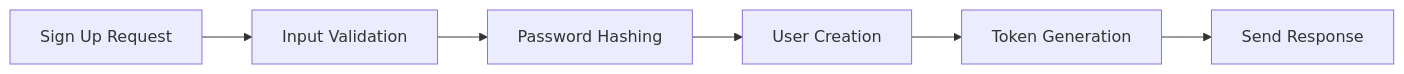
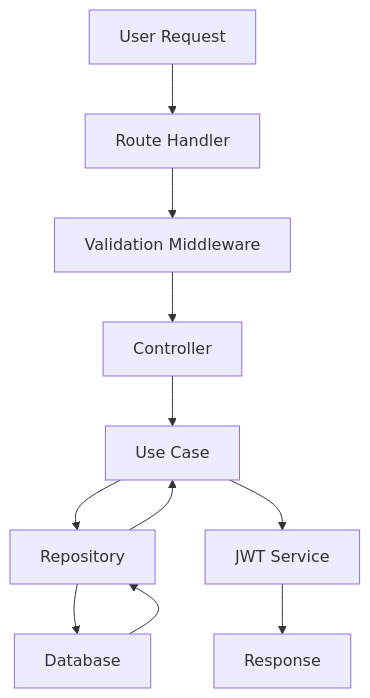
Before and after one commit to Rag-Release/user-auth-service: the first of 3 diagrams in UserGuide.md, drawn with Mermaid. The commit also changed other lines of this file and 47 other files, not shown here.

First line of the commit message:
fix: correct refresh token validation and update user profile fields

````diff
--- a/UserGuide.md
+++ b/UserGuide.md
@@ -230,8 +173,13 @@
 ```mermaid
-graph LR
-   A[Sign Up Request] --> B[Input Validation]
-   B --> C[Password Hashing]
-   C --> D[User Creation]
-   D --> E[Token Generation]
-   E --> F[Send Response]
+graph TD
+    A[User Request] --> B[Route Handler]
+    B --> C[Validation Middleware]
+    C --> D[Controller]
+    D --> E[Use Case]
+    E --> F[Repository]
+    F --> G[Database]
+    G --> F
+    F --> E
+    E --> H[JWT Service]
+    H --> I[Response]
 ```
````
